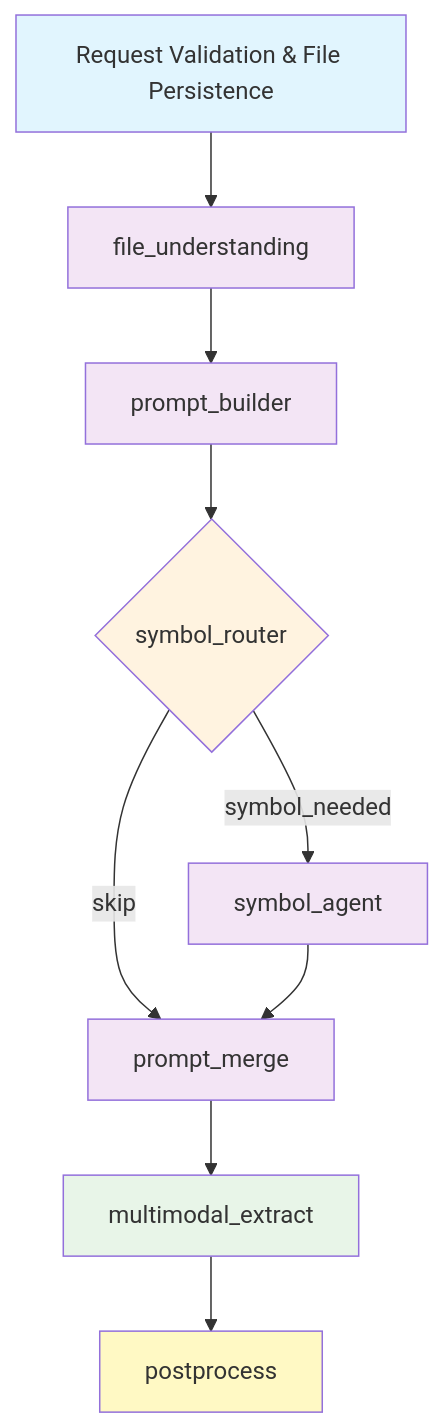
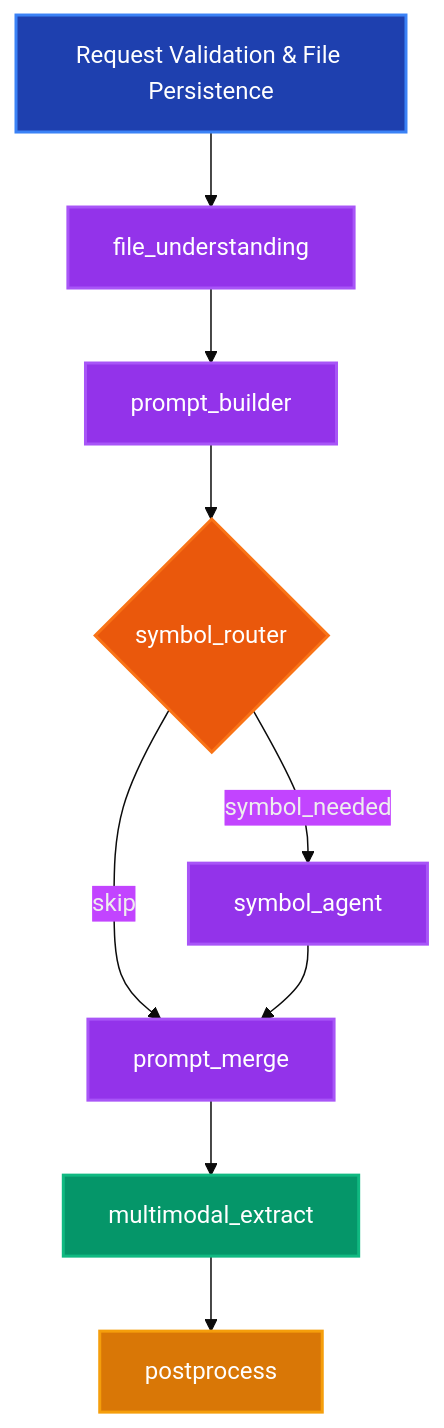
One commit to n0yy/xtractor changed the diagram in README.md. Above: the diagram before and after it, drawn with Mermaid.

Commit message:
modify the mermaid themes

````diff
--- a/README.md
+++ b/README.md
@@ -8,20 +8,24 @@
 ```mermaid
+%%{init: {'theme':'base', 'themeVariables': {'darkMode': true}}}%%
 graph TD
     A[Request Validation & File Persistence] --> B[file_understanding]
     B --> C[prompt_builder]
     C --> D{symbol_router}
     D -->|skip| E[prompt_merge]
     D -->|symbol_needed| F[symbol_agent]
     F --> E
     E --> G[multimodal_extract]
     G --> H[postprocess]
     
-    style A fill:#e1f5fe
-    style B fill:#f3e5f5
-    style C fill:#f3e5f5
-    style D fill:#fff3e0
-    style F fill:#f3e5f5
-    style E fill:#f3e5f5
-    style G fill:#e8f5e8
-    style H fill:#fff9c4
+    classDef validation fill:#1e40af,stroke:#3b82f6,stroke-width:2px,color:#fff
+    classDef processing fill:#9333ea,stroke:#a855f7,stroke-width:2px,color:#fff  
+    classDef decision fill:#ea580c,stroke:#f97316,stroke-width:2px,color:#fff
+    classDef extraction fill:#059669,stroke:#10b981,stroke-width:2px,color:#fff
+    classDef postproc fill:#d97706,stroke:#f59e0b,stroke-width:2px,color:#fff
+    
+    class A validation
+    class B,C,F,E processing
+    class D decision
+    class G extraction
+    class H postproc
 ```
````
